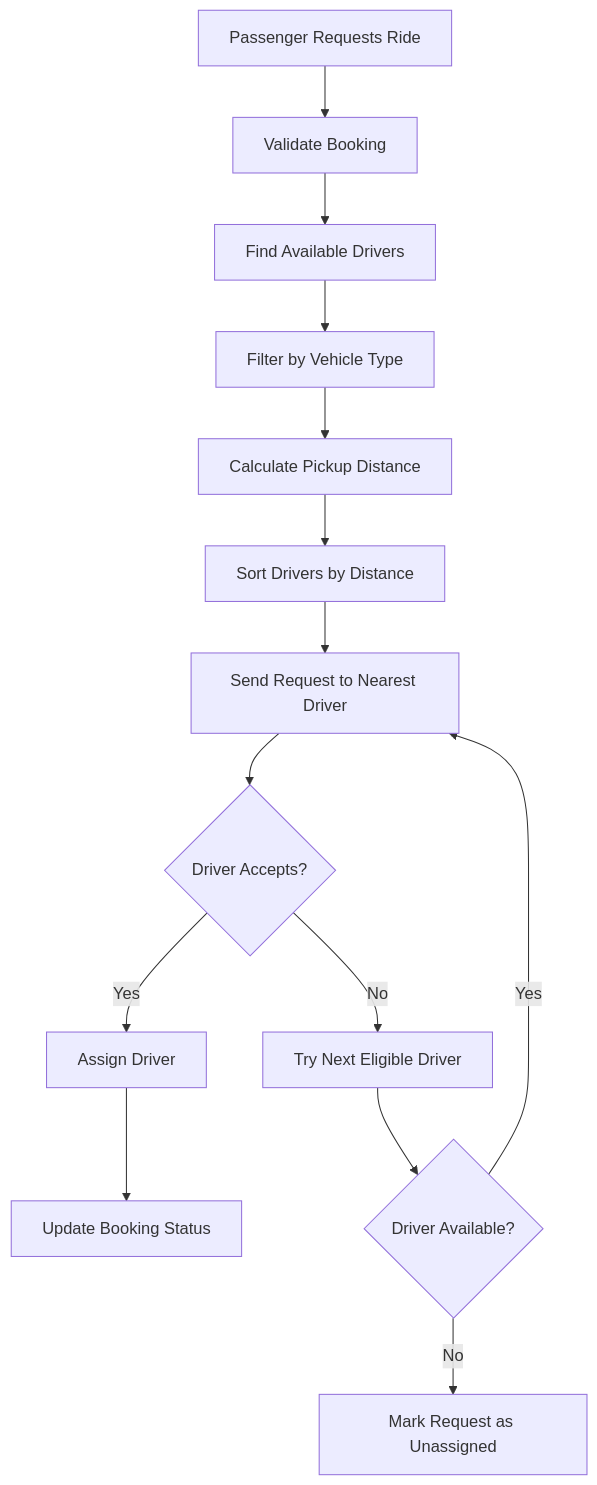
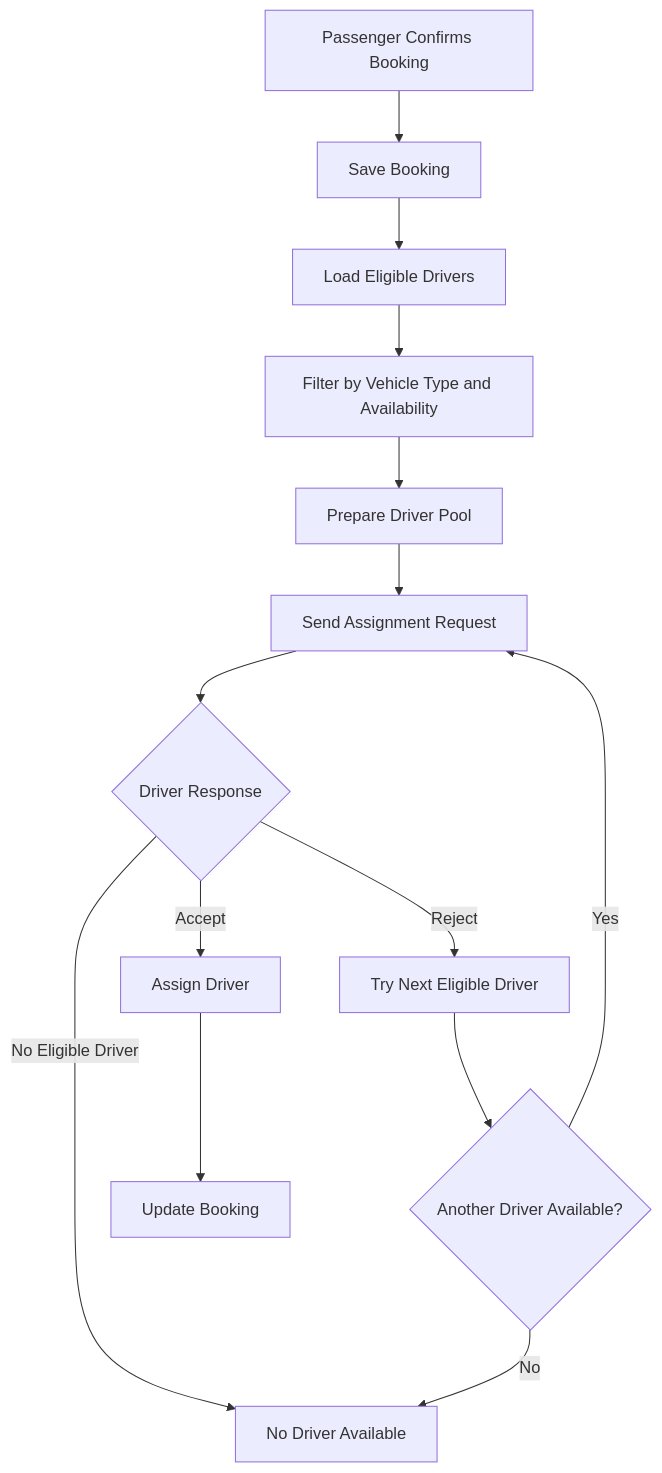
The second of 2 diagrams in README.md (Shahnila-Chachar/RideEase_CabBooking_System), drawn with Mermaid before and after one commit. The commit also changed other lines of this file, not shown here.

Commit message:
Update RideEase project documentation

````diff
--- a/README.md
+++ b/README.md
@@ -183,16 +203,16 @@
 ```mermaid
 flowchart TD
-    A["Passenger Requests Ride"] --> B["Validate Booking"]
-    B --> C["Find Available Drivers"]
-    C --> D["Filter by Vehicle Type"]
-    D --> E["Calculate Pickup Distance"]
-    E --> F["Sort Drivers by Distance"]
-    F --> G["Send Request to Nearest Driver"]
-    G --> H{"Driver Accepts?"}
-    H -->|Yes| I["Assign Driver"]
-    H -->|No| J["Try Next Eligible Driver"]
-    J --> K{"Driver Available?"}
-    K -->|Yes| G
-    K -->|No| L["Mark Request as Unassigned"]
-    I --> M["Update Booking Status"]
+    A["Passenger Confirms Booking"] --> B["Save Booking"]
+    B --> C["Load Eligible Drivers"]
+    C --> D["Filter by Vehicle Type and Availability"]
+    D --> E["Prepare Driver Pool"]
+    E --> F["Send Assignment Request"]
+    F --> G{"Driver Response"}
+    G -->|Accept| H["Assign Driver"]
+    G -->|Reject| I["Try Next Eligible Driver"]
+    G -->|No Eligible Driver| J["No Driver Available"]
+    I --> K{"Another Driver Available?"}
+    K -->|Yes| F
+    K -->|No| J
+    H --> L["Update Booking"]
 ```
````
